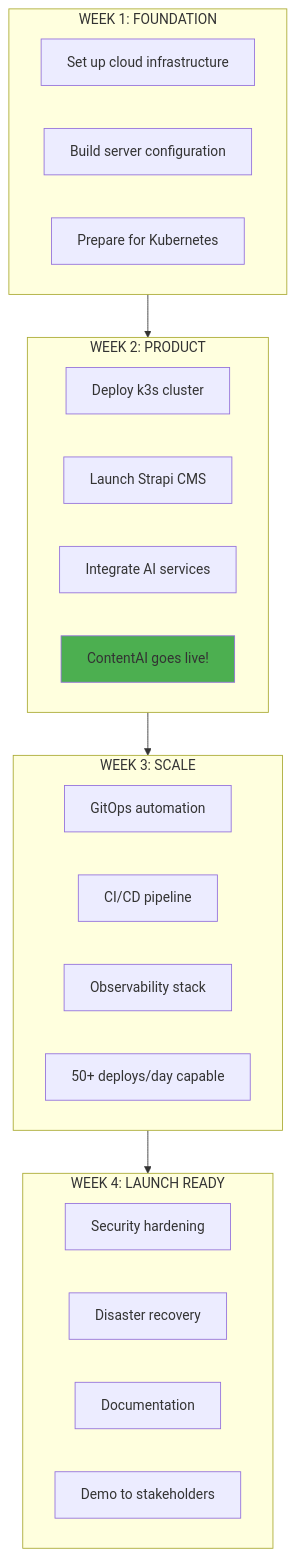
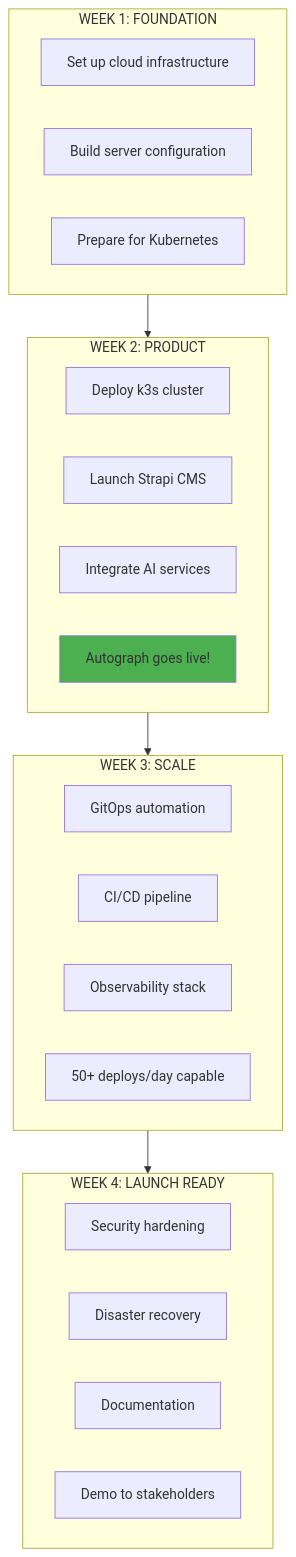
One commit to PearlThoughtsInternship/Internship-Obsidian-Vault changed the first of 6 diagrams in DevOps/04-Internship/02-Week-by-Week.md. Above: the diagram before and after it, drawn with Mermaid. The commit also changed other lines of this file and 8 other files, not shown here.

First line of the commit message:
rebrand: Complete ContentAI → Autograph rename across all docs

````diff
--- a/DevOps/04-Internship/02-Week-by-Week.md
+++ b/DevOps/04-Internship/02-Week-by-Week.md
@@ -16,33 +16,33 @@
 ```mermaid
 flowchart TB
     subgraph W1["WEEK 1: FOUNDATION"]
         W1A["Set up cloud infrastructure"]
         W1B["Build server configuration"]
         W1C["Prepare for Kubernetes"]
     end
 
     subgraph W2["WEEK 2: PRODUCT"]
         W2A["Deploy k3s cluster"]
         W2B["Launch Strapi CMS"]
         W2C["Integrate AI services"]
-        W2D["ContentAI goes live!"]
+        W2D["Autograph goes live!"]
     end
 
     subgraph W3["WEEK 3: SCALE"]
         W3A["GitOps automation"]
         W3B["CI/CD pipeline"]
         W3C["Observability stack"]
         W3D["50+ deploys/day capable"]
     end
 
     subgraph W4["WEEK 4: LAUNCH READY"]
         W4A["Security hardening"]
         W4B["Disaster recovery"]
         W4C["Documentation"]
         W4D["Demo to stakeholders"]
     end
 
     W1 --> W2 --> W3 --> W4
 
     style W2D fill:#4CAF50
 ```
````
